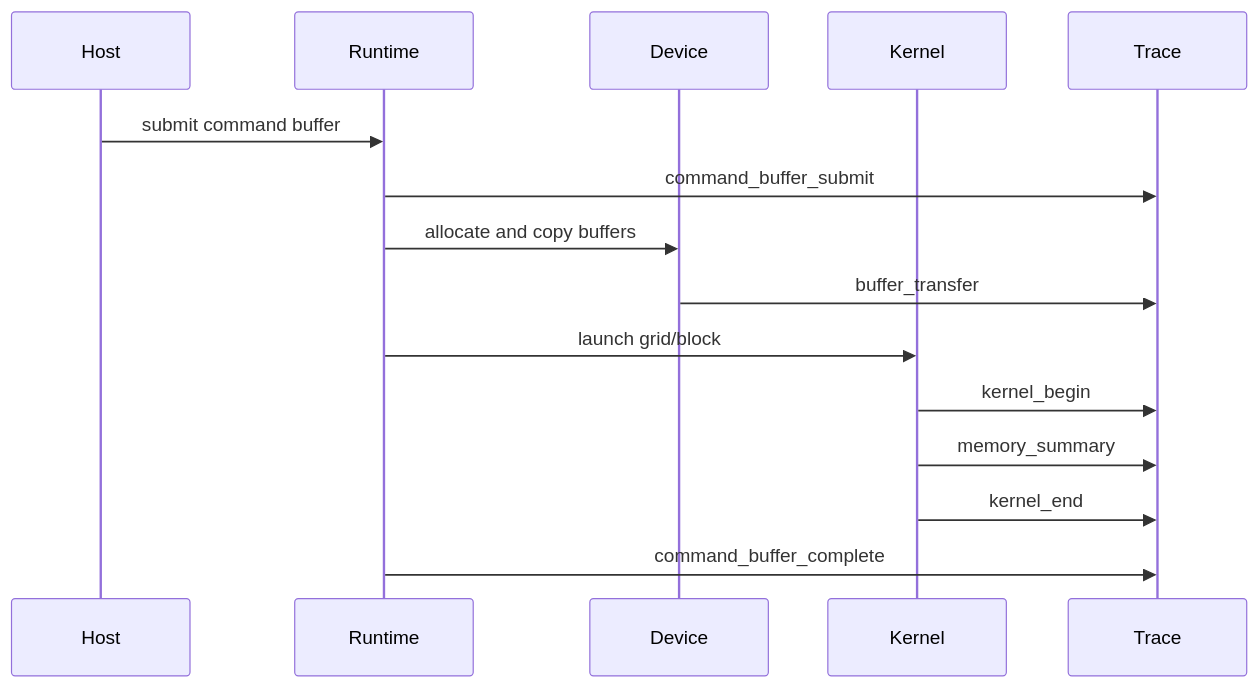
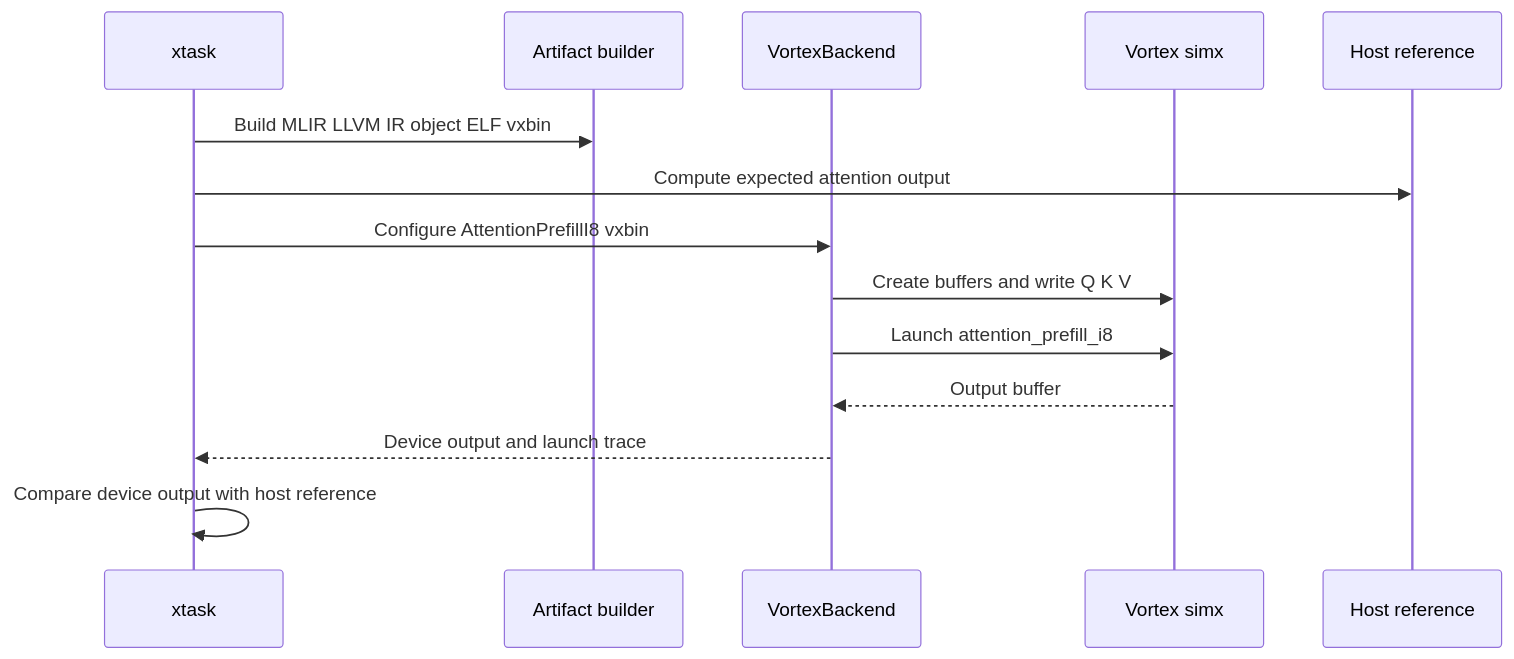
The second of 2 diagrams in docs/design.md (devillove084/Mandrel), drawn with Mermaid before and after one commit. The commit also changed other lines of this file and 54 other files, not shown here.

Commit message:
feat: support mlir codegen and attention

````diff
--- a/docs/design.md
+++ b/docs/design.md
@@ -425,18 +37,17 @@
 ```mermaid
 sequenceDiagram
-    participant Host
-    participant Runtime
-    participant Device
-    participant Kernel
-    participant Trace
+    participant X as xtask
+    participant G as Artifact builder
+    participant B as VortexBackend
+    participant S as Vortex simx
+    participant R as Host reference
 
-    Host->>Runtime: submit command buffer
-    Runtime->>Trace: command_buffer_submit
-    Runtime->>Device: allocate and copy buffers
-    Device->>Trace: buffer_transfer
-    Runtime->>Kernel: launch grid/block
-    Kernel->>Trace: kernel_begin
-    Kernel->>Trace: memory_summary
-    Kernel->>Trace: kernel_end
-    Runtime->>Trace: command_buffer_complete
+    X->>G: Build MLIR LLVM IR object ELF vxbin
+    X->>R: Compute expected attention output
+    X->>B: Configure AttentionPrefillI8 vxbin
+    B->>S: Create buffers and write Q K V
+    B->>S: Launch attention_prefill_i8
+    S-->>B: Output buffer
+    B-->>X: Device output and launch trace
+    X->>X: Compare device output with host reference
 ```
````
